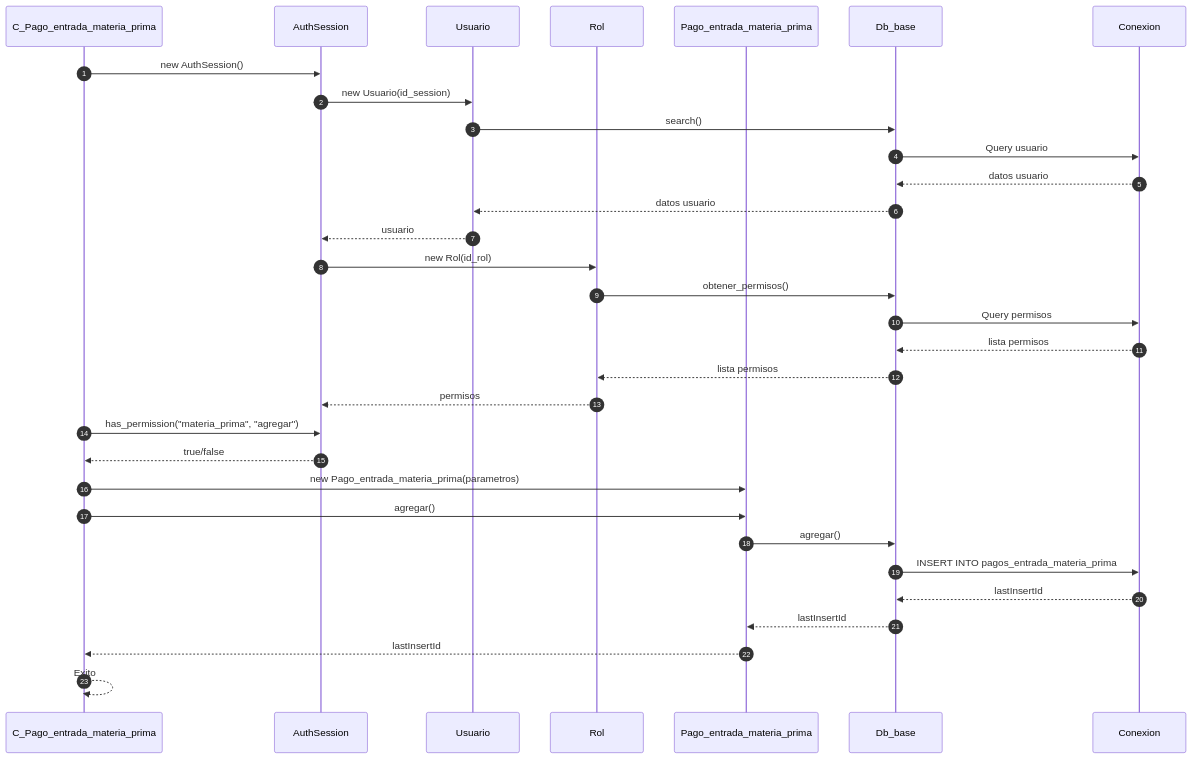
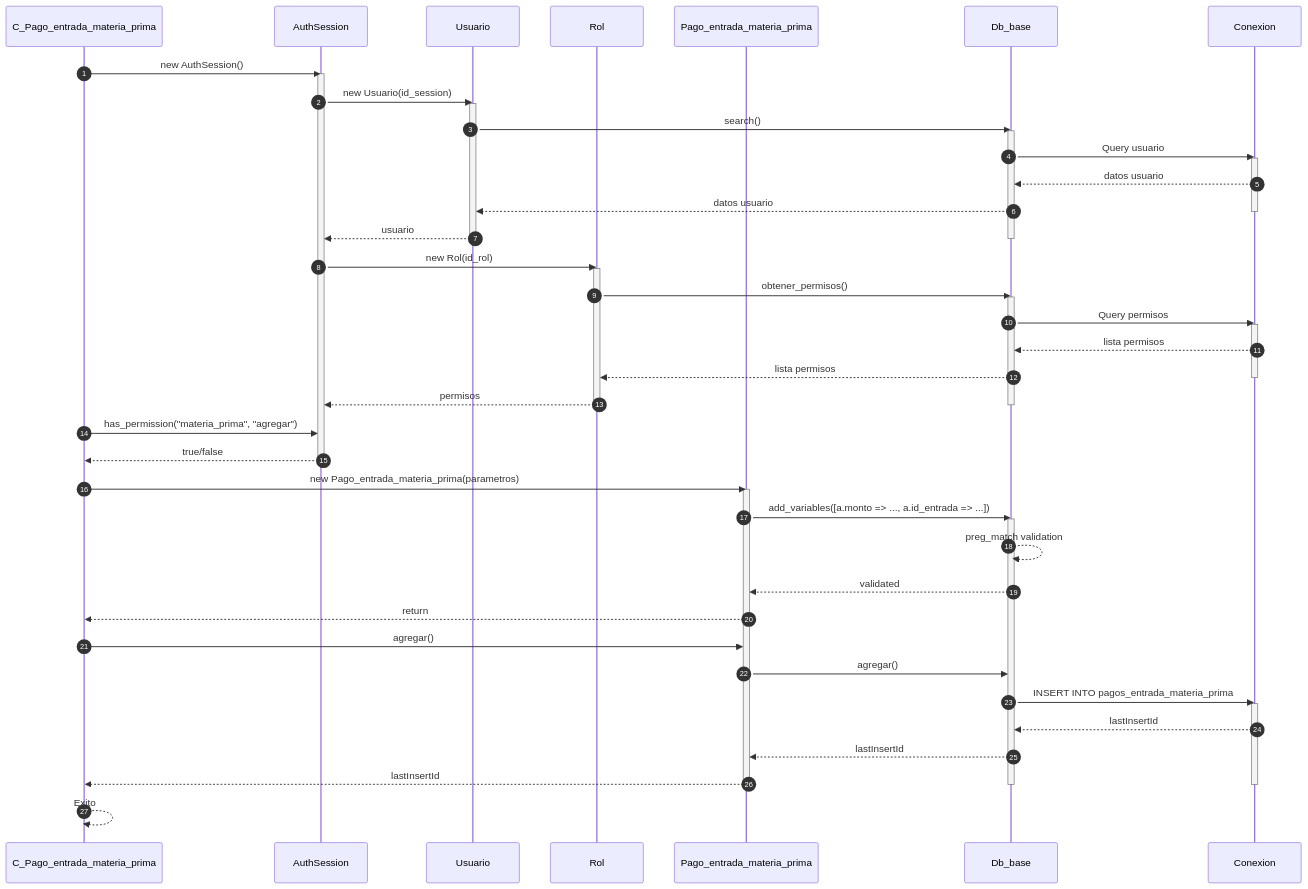
Before and after one commit to Tecrato/BurgerHouse: the fourth of 5 diagrams in docs/secuencia/materia_prima/materia_prima.md, drawn with Mermaid. The commit also changed other lines of this file and 16 other files, not shown here.

First line of the commit message:
Annotate mermaid sequences & throttle generator

````diff
--- a/docs/secuencia/materia_prima/materia_prima.md
+++ b/docs/secuencia/materia_prima/materia_prima.md
@@ -143,39 +221,63 @@
 ```mermaid
 sequenceDiagram
     autonumber
     participant C_Pago_mp as C_Pago_entrada_materia_prima
     participant AuthSession as AuthSession
     participant Usuario as Usuario
     participant Rol as Rol
     participant Pago_mp as Pago_entrada_materia_prima
     participant Db_base as Db_base
     participant Conexion as Conexion
     
     C_Pago_mp->>AuthSession: new AuthSession()
+    activate AuthSession
     AuthSession->>Usuario: new Usuario(id_session)
+    activate Usuario
     Usuario->>Db_base: search()
+    activate Db_base
     Db_base->>Conexion: Query usuario
+    activate Conexion
     Conexion-->>Db_base: datos usuario
     Db_base-->>Usuario: datos usuario
+    deactivate Conexion
     Usuario-->>AuthSession: usuario
+    deactivate Usuario
+    deactivate Db_base
     
     AuthSession->>Rol: new Rol(id_rol)
+    activate Rol
     Rol->>Db_base: obtener_permisos()
+    activate Db_base
     Db_base->>Conexion: Query permisos
+    activate Conexion
     Conexion-->>Db_base: lista permisos
     Db_base-->>Rol: lista permisos
+    deactivate Conexion
     Rol-->>AuthSession: permisos
+    deactivate Rol
+    deactivate Db_base
     
     C_Pago_mp->>AuthSession: has_permission("materia_prima", "agregar")
     AuthSession-->>C_Pago_mp: true/false
+    deactivate AuthSession
     
     C_Pago_mp->>Pago_mp: new Pago_entrada_materia_prima(parametros)
+    activate Pago_mp
+    Pago_mp->>Db_base: add_variables([a.monto => ..., a.id_entrada => ...])
+    activate Db_base
+    Db_base-->>Db_base: preg_match validation
+    Db_base-->>Pago_mp: validated
+    Pago_mp-->>C_Pago_mp: return
     C_Pago_mp->>Pago_mp: agregar()
     Pago_mp->>Db_base: agregar()
     Db_base->>Conexion: INSERT INTO pagos_entrada_materia_prima
+    activate Conexion
     Conexion-->>Db_base: lastInsertId
     Db_base-->>Pago_mp: lastInsertId
     Pago_mp-->>C_Pago_mp: lastInsertId
+    deactivate Pago_mp
+    deactivate Conexion
+    deactivate Db_base
     
     C_Pago_mp-->>C_Pago_mp: Exito
 ```
````
